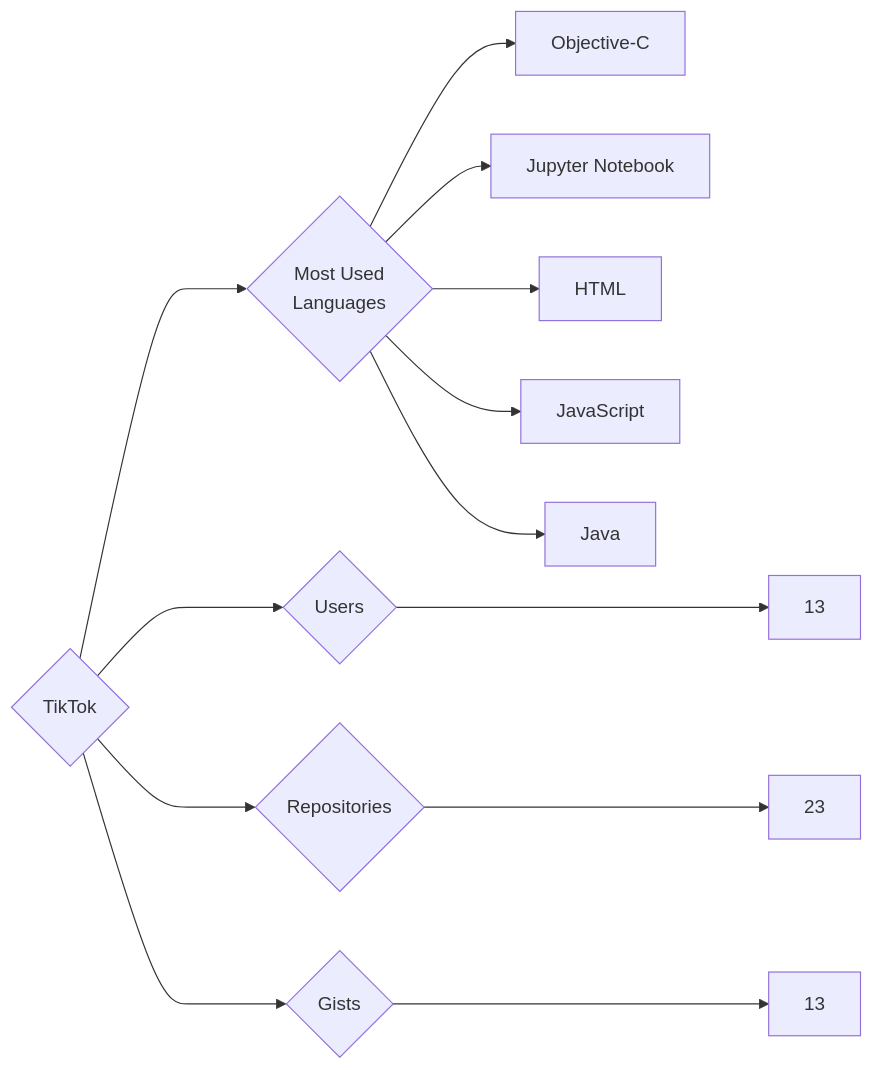
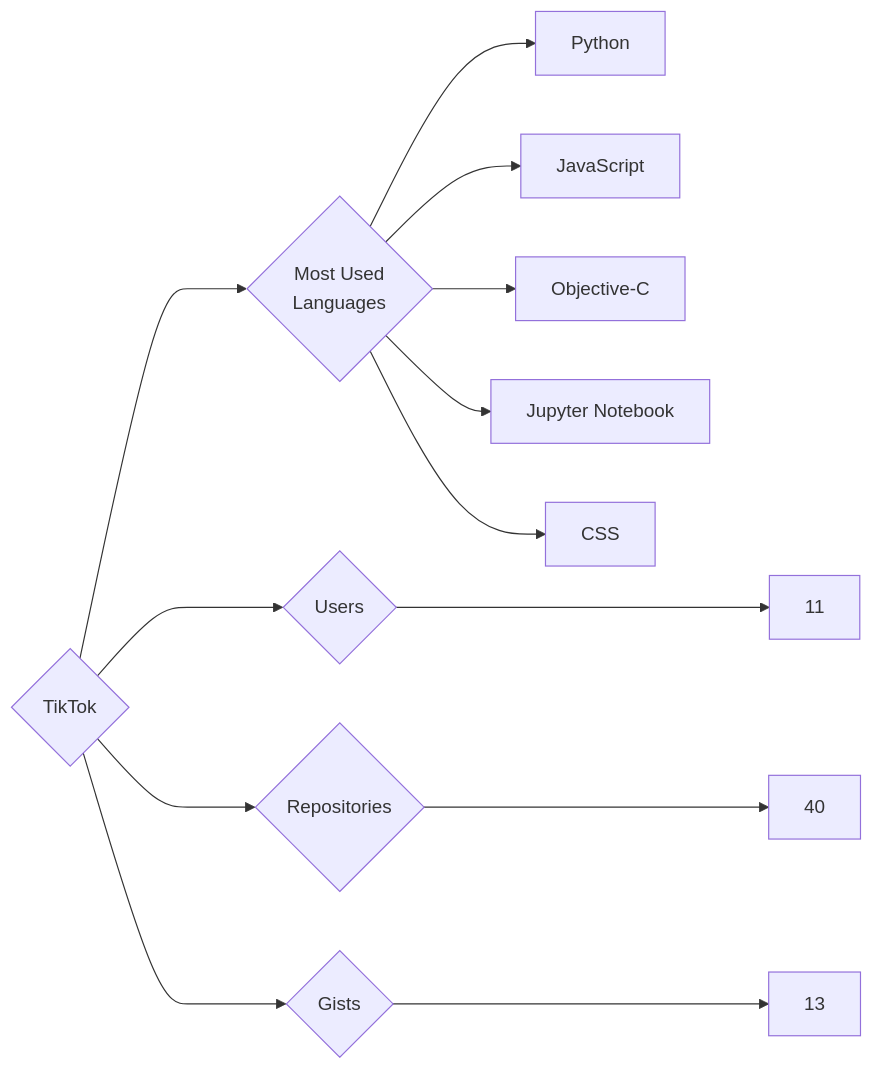
The diagram in targets/TikTok/README.md (trickest/insiders), drawn with Mermaid before and after one commit. The commit also changed 597 other files, not shown here.

````diff
--- a/targets/TikTok/README.md
+++ b/targets/TikTok/README.md
@@ -3,13 +3,13 @@
 ```mermaid
 graph LR
 COMPANY_NAME{TikTok}
-COMPANY_NAME ---> U{Users} ---> UN[13]
-COMPANY_NAME ---> R{Repositories} ---> RN[23]
+COMPANY_NAME ---> U{Users} ---> UN[11]
+COMPANY_NAME ---> R{Repositories} ---> RN[40]
 COMPANY_NAME ---> G{Gists} ---> GN[13]
 COMPANY_NAME ---> ML{Most Used<br>Languages}
+ML --> Python[Python]
+ML --> JavaScript[JavaScript]
 ML --> Objective-C[Objective-C]
 ML --> Jupyter_Notebook[Jupyter Notebook]
-ML --> HTML[HTML]
-ML --> JavaScript[JavaScript]
-ML --> Java[Java]
+ML --> CSS[CSS]
 ```
````
